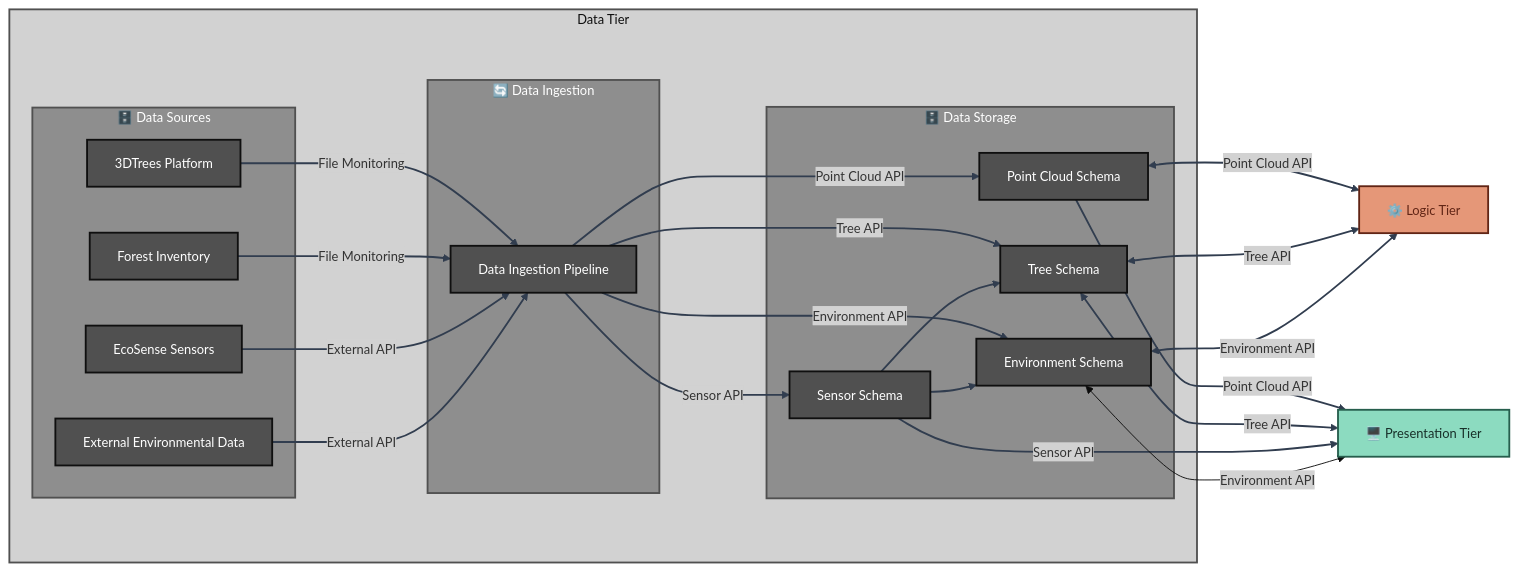
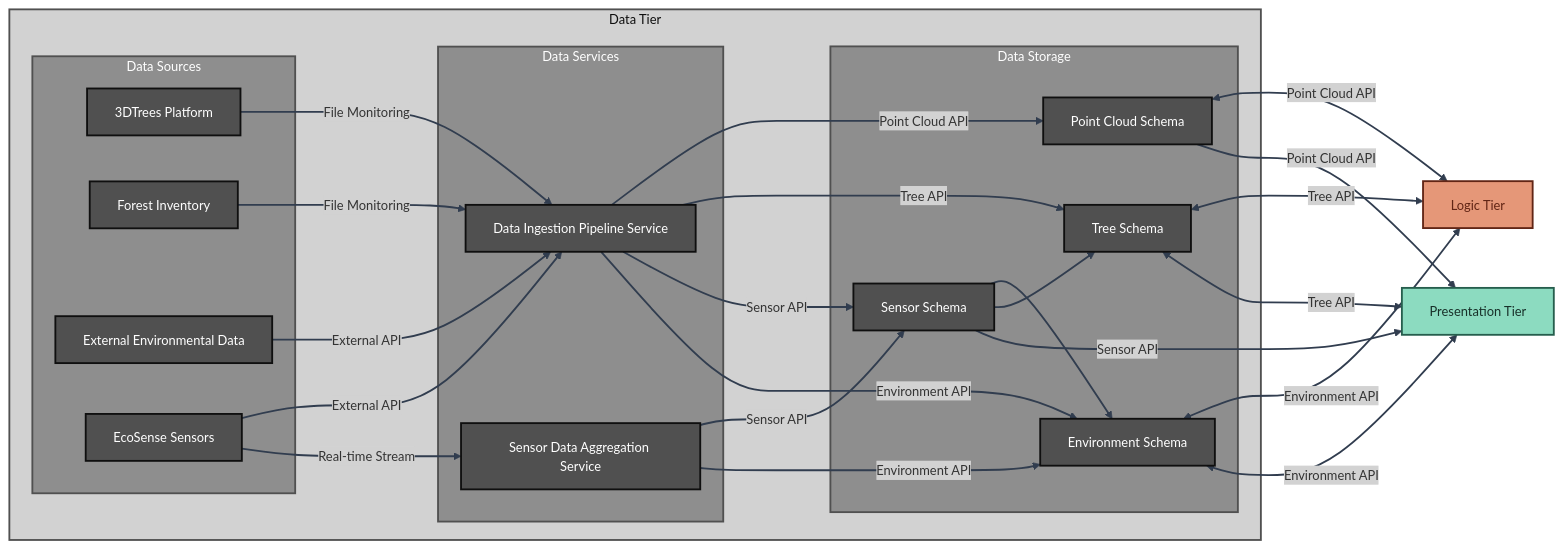
Before and after one commit to XRFutureForests/digital-twin-db: the second of 5 diagrams in docs/architecture/architecture.md, drawn with Mermaid. The commit also changed other lines of this file and 3 other files, not shown here.

````diff
--- a/docs/architecture/architecture.md
+++ b/docs/architecture/architecture.md
@@ -82,18 +87,19 @@
 
 subgraph DATA_TIER["Data Tier"]
 
-subgraph SOURCES["🗄️ Data Sources"]
+subgraph SOURCES["Data Sources"]
 S1[3DTrees Platform]
 S5[Forest Inventory]
 S3[External Environmental Data]
 S2[EcoSense Sensors]
 end
 
-subgraph INGESTION["🔄 Data Ingestion"]
-M1[Data Ingestion Pipeline]
+subgraph SERVICES["Data Services"]
+DS1[Data Ingestion Pipeline Service]
+DS4[Sensor Data Aggregation Service]
 end
 
-subgraph STORAGE["🗄️ Data Storage"]
+subgraph STORAGE["Data Storage"]
 SC1[Point Cloud Schema]
 SC2[Tree Schema]
 SC3[Sensor Schema]
@@ -101,19 +107,22 @@
 end
 end
 
-LOGIC_REF["⚙️ Logic Tier"]
+LOGIC_REF["Logic Tier"]
 
-PRESENTATION_REF["🖥️ Presentation Tier"]
+PRESENTATION_REF["Presentation Tier"]
 
-S1 -->|File Monitoring| M1
-S5 -->|File Monitoring| M1
-S2 -->|External API| M1
-S3 -->|External API| M1
+S1 -->|File Monitoring| DS1
+S5 -->|File Monitoring| DS1
+S2 -->|External API| DS1
+S3 -->|External API| DS1
+S2 -->|Real-time Stream| DS4
 
-M1 -->|Point Cloud API| SC1
-M1 -->|Tree API| SC2
-M1 -->|Sensor API| SC3
-M1 -->|Environment API| SC4
+DS1 -->|Point Cloud API| SC1
+DS1 -->|Tree API| SC2
+DS1 -->|Sensor API| SC3
+DS1 -->|Environment API| SC4
+DS4 -->|Sensor API| SC3
+DS4 -->|Environment API| SC4
 
 SC3 --> SC4
 SC3 --> SC2
@@ -140,10 +149,10 @@
 classDef presentationNode fill:#265e4d,stroke:#5cb89c,stroke-width:2px,color:#ffffff
 
 class DATA_TIER dataBack
-class SOURCES,INGESTION,STORAGE dataTier
-class S1,S2,S3,S5,SC1,SC2,SC3,SC4,M1 dataNode
+class SOURCES,SERVICES,STORAGE dataTier
+class S1,S2,S3,S5,SC1,SC2,SC3,SC4,DS1,DS4 dataNode
 class LOGIC_REF logicTier
 class PRESENTATION_REF presentationTier
 
-linkStyle 0,1,2,3,4,5,6,7,8,9,10,11,12,13,14,15 stroke:#313d4f,stroke-width:2px
+linkStyle 0,1,2,3,4,5,6,7,8,9,10,11,12,13,14,15,16,17,18,19 stroke:#313d4f,stroke-width:2px
 ```
````
